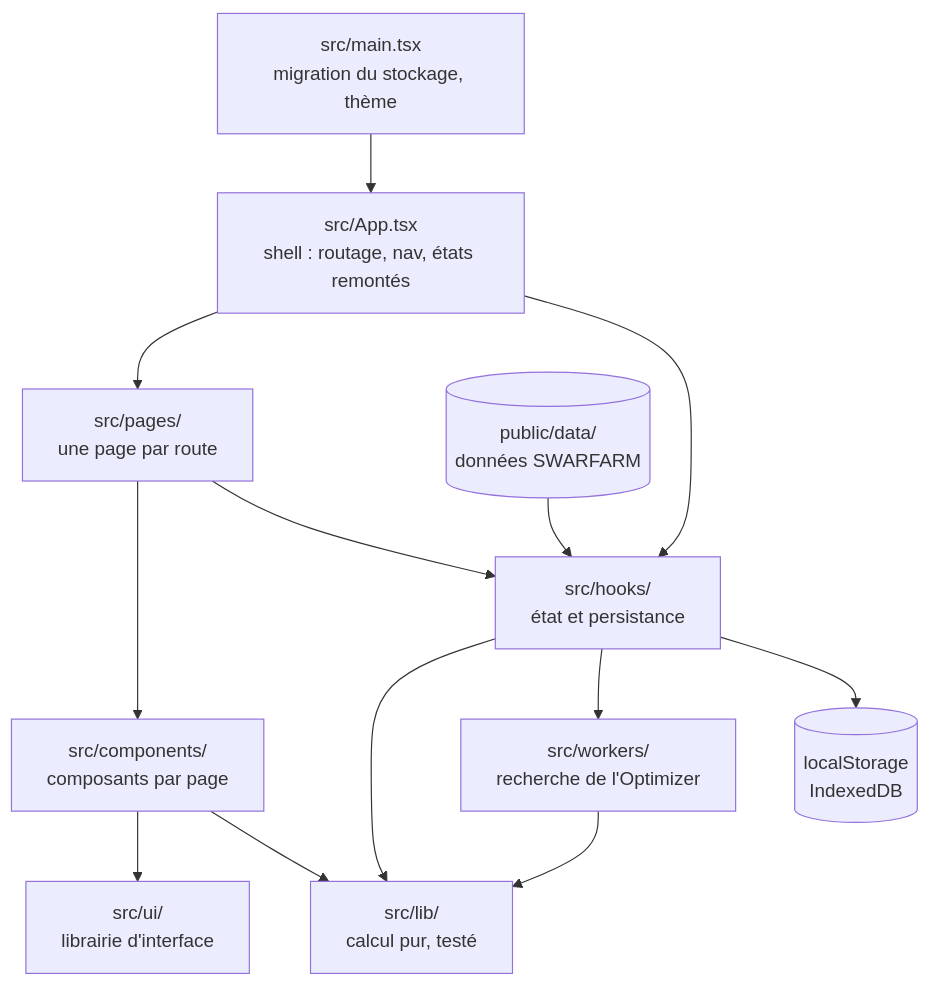
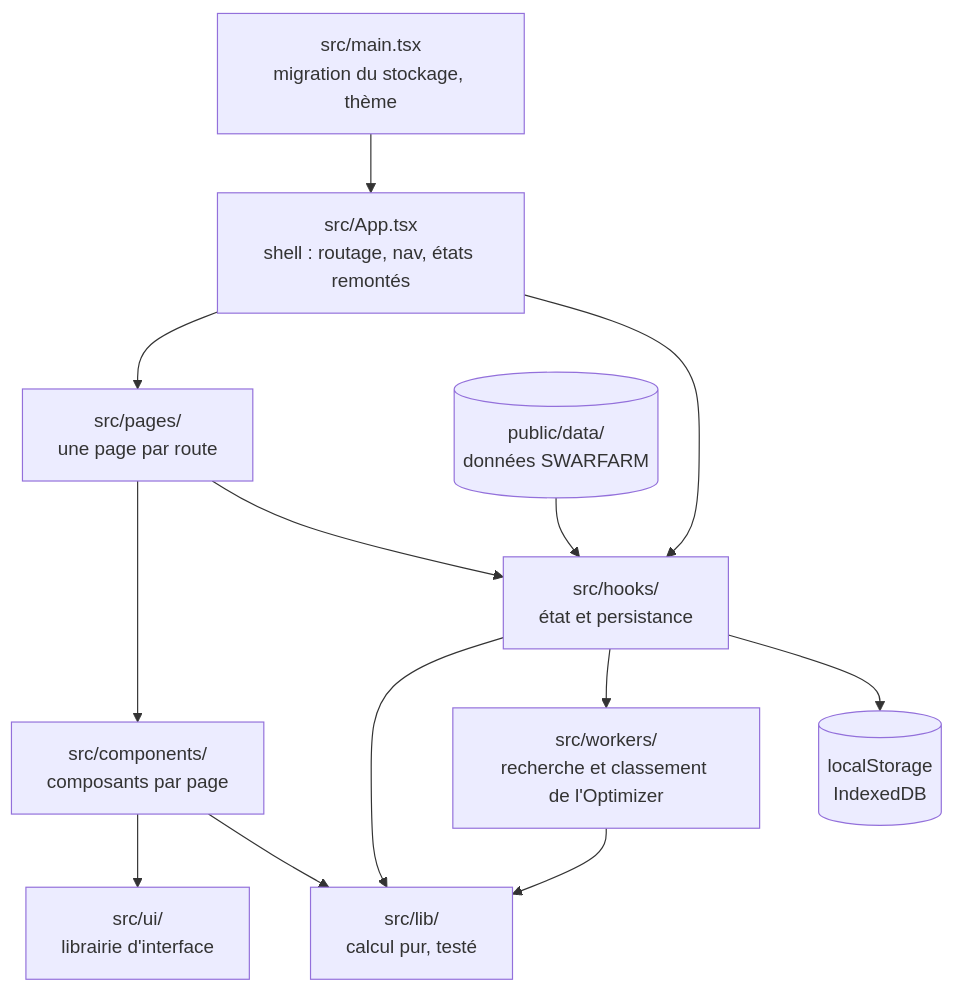
The first of 3 diagrams in docs/01-presentation/02-architecture.md (tototriou/sw-forge), drawn with Mermaid before and after one commit. The commit also changed other lines of this file and 42 other files, not shown here.

First line of the commit message:
perf(optimizer): un Worker de classement possède les résultats, derrière l'interface actuelle de l'écran

````diff
--- a/docs/01-presentation/02-architecture.md
+++ b/docs/01-presentation/02-architecture.md
@@ -8,15 +8,15 @@
 ```mermaid
 flowchart TD
   main["src/main.tsx<br/>migration du stockage, thème"] --> App["src/App.tsx<br/>shell : routage, nav, états remontés"]
   App --> Pages["src/pages/<br/>une page par route"]
   Pages --> Comp["src/components/<br/>composants par page"]
   Comp --> UI["src/ui/<br/>librairie d'interface"]
   App --> Hooks["src/hooks/<br/>état et persistance"]
   Pages --> Hooks
   Comp --> Lib["src/lib/<br/>calcul pur, testé"]
   Hooks --> Lib
-  Hooks --> Workers["src/workers/<br/>recherche de l'Optimizer"]
+  Hooks --> Workers["src/workers/<br/>recherche et classement de l'Optimizer"]
   Workers --> Lib
   Hooks --> Stockage[("localStorage<br/>IndexedDB")]
   Donnees[("public/data/<br/>données SWARFARM")] --> Hooks
 ```
````
